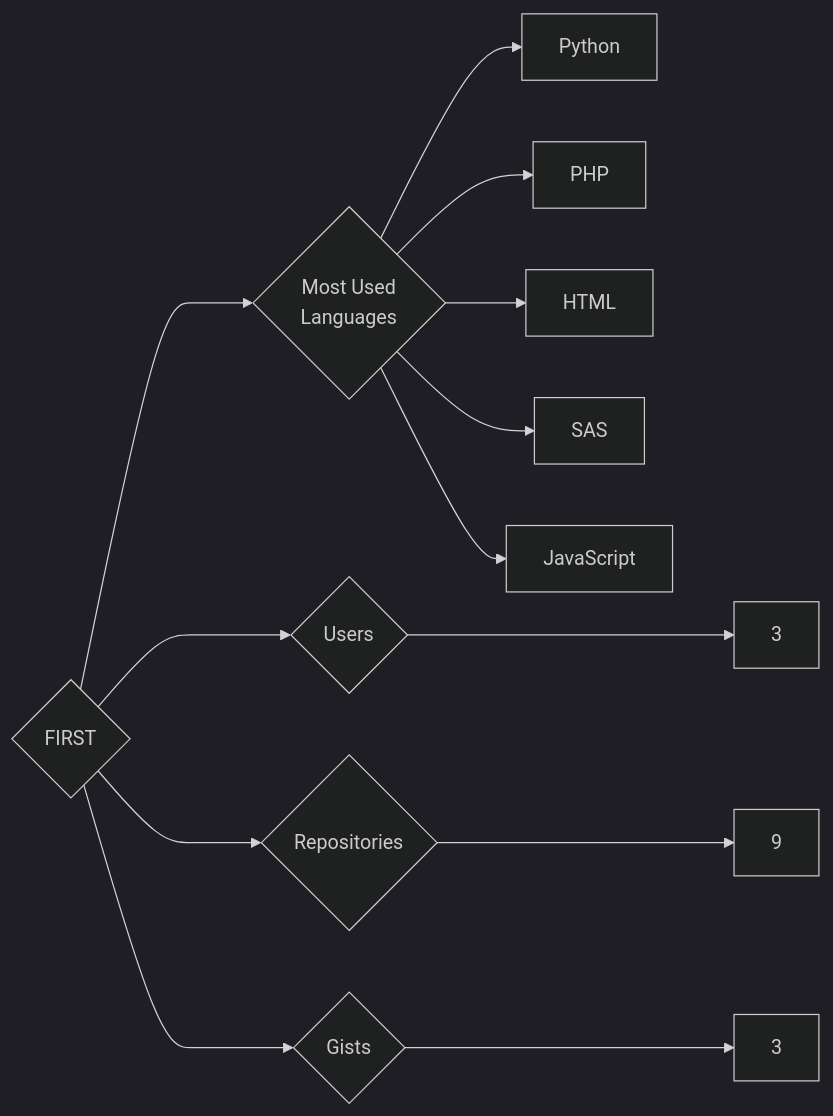
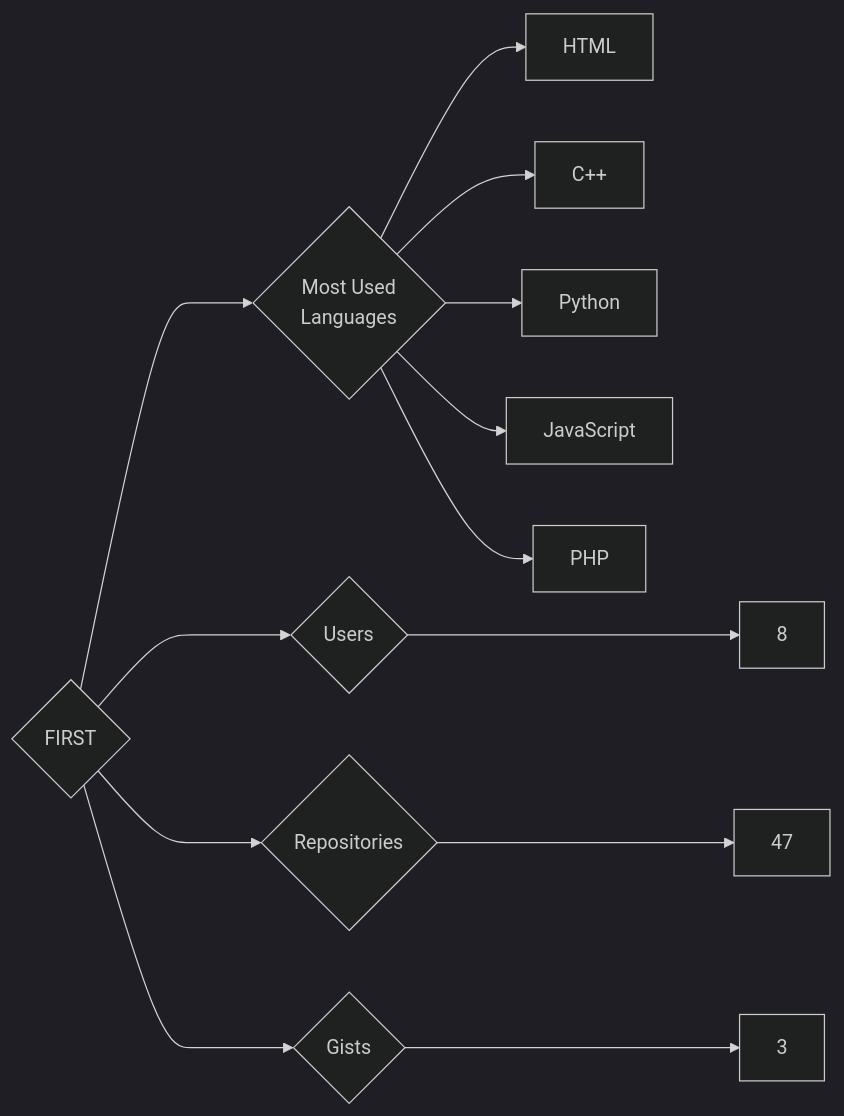
One commit to trickest/insiders changed the diagram in targets/FIRST/README.md. Above: the diagram before and after it, drawn with Mermaid (dark theme). The commit also changed 1092 other files, not shown here.

````diff
--- a/targets/FIRST/README.md
+++ b/targets/FIRST/README.md
@@ -3,13 +3,13 @@
 ```mermaid
 graph LR
 COMPANY_NAME{FIRST}
-COMPANY_NAME ---> U{Users} ---> UN[3]
-COMPANY_NAME ---> R{Repositories} ---> RN[9]
+COMPANY_NAME ---> U{Users} ---> UN[8]
+COMPANY_NAME ---> R{Repositories} ---> RN[47]
 COMPANY_NAME ---> G{Gists} ---> GN[3]
 COMPANY_NAME ---> ML{Most Used<br>Languages}
+ML --> HTML[HTML]
+ML --> C++[C++]
 ML --> Python[Python]
+ML --> JavaScript[JavaScript]
 ML --> PHP[PHP]
-ML --> HTML[HTML]
-ML --> SAS[SAS]
-ML --> JavaScript[JavaScript]
 ```
````
